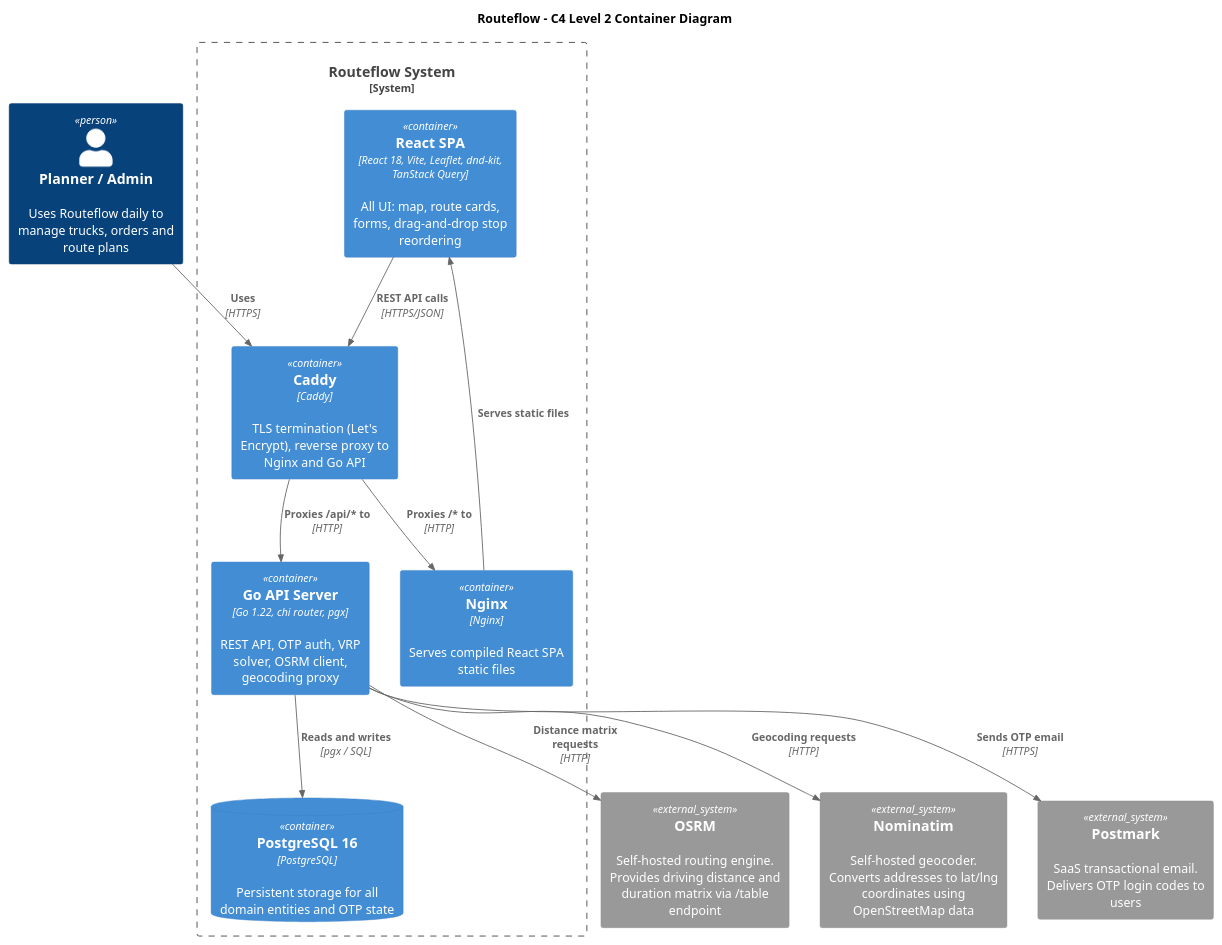
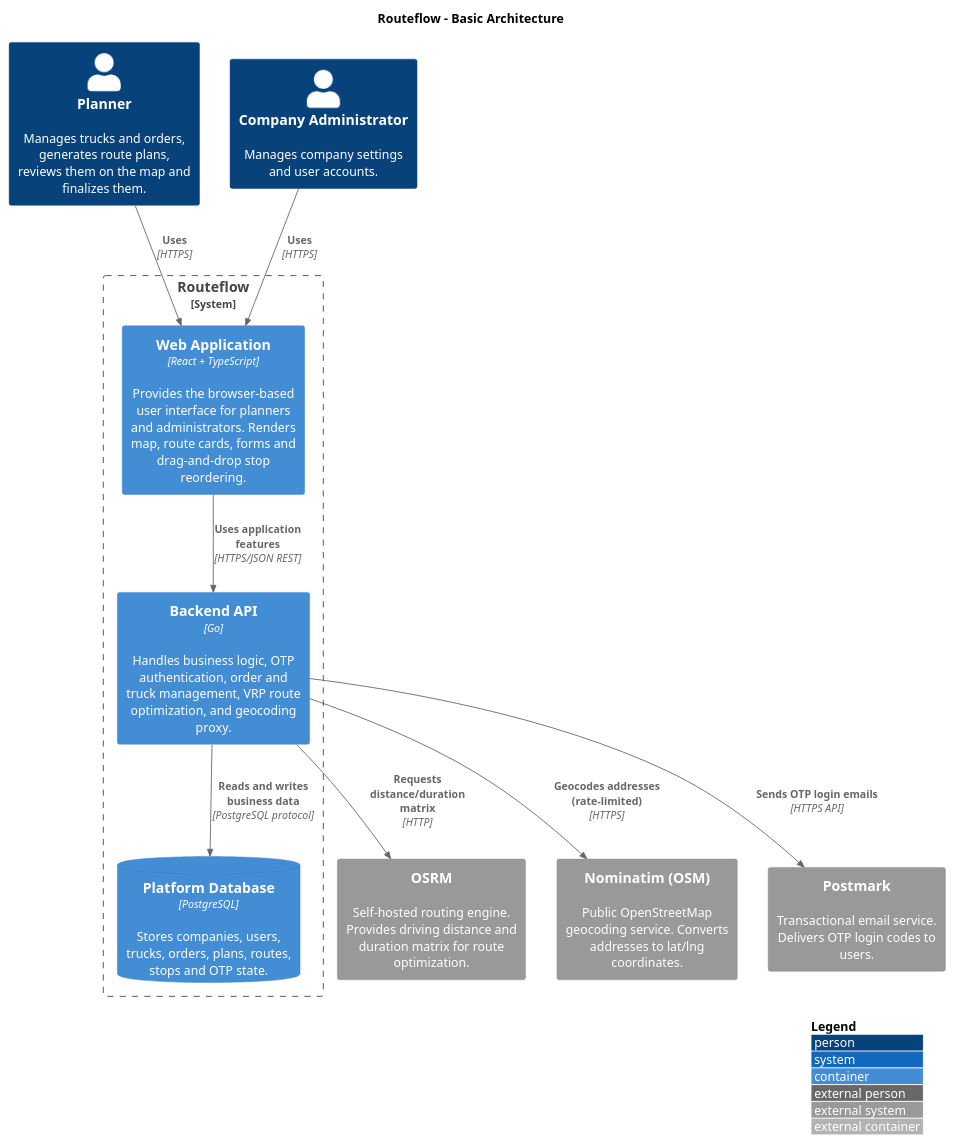
One commit to softwharee/gradrepo changed the first of 3 diagrams in technical-design/readme.md. Above: the diagram before and after it, drawn with PlantUML. The commit also changed other lines of this file and 2 other files, not shown here.

````diff
--- a/technical-design/readme.md
+++ b/technical-design/readme.md
@@ -32,32 +43,33 @@
 ```plantuml
-@startuml
+@startuml C4_Container
 !include <C4/C4_Container>
 
-title Routeflow – C4 Level 2 Container Diagram
+LAYOUT_WITH_LEGEND()
 
-Person(planner, "Planner / Admin", "Uses Routeflow daily to manage trucks, orders and route plans")
+title Routeflow - Basic Architecture
 
-System_Boundary(routeflow, "Routeflow System") {
-    Container(spa, "React SPA", "React 18, Vite, Leaflet, dnd-kit, TanStack Query", "All UI: map, route cards, forms, drag-and-drop stop reordering")
-    Container(nginx, "Nginx", "Nginx", "Serves compiled React SPA static files")
-    Container(api, "Go API Server", "Go 1.22, chi router, pgx", "REST API, OTP auth, VRP solver, OSRM client, geocoding proxy")
-    ContainerDb(db, "PostgreSQL 16", "PostgreSQL", "Persistent storage for all domain entities and OTP state")
-    Container(caddy, "Caddy", "Caddy", "TLS termination (Let's Encrypt), reverse proxy to Nginx and Go API")
+Person(planner, "Planner", "Manages trucks and orders, generates route plans, reviews them on the map and finalizes them.")
+Person(admin, "Company Administrator", "Manages company settings and user accounts.")
+
+System_Ext(osrm, "OSRM", "Self-hosted routing engine. Provides driving distance and duration matrix for route optimization.")
+System_Ext(nominatim, "Nominatim (OSM)", "Public OpenStreetMap geocoding service. Converts addresses to lat/lng coordinates.")
+System_Ext(postmark, "Postmark", "Transactional email service. Delivers OTP login codes to users.")
+
+System_Boundary(routeflow, "Routeflow") {
+    Container(webApp, "Web Application", "React + TypeScript", "Provides the browser-based user interface for planners and administrators. Renders map, route cards, forms and drag-and-drop stop reordering.")
+    Container(apiApp, "Backend API", "Go", "Handles business logic, OTP authentication, order and truck management, VRP route optimization, and geocoding proxy.")
+    ContainerDb(mainDb, "Platform Database", "PostgreSQL", "Stores companies, users, trucks, orders, plans, routes, stops and OTP state.")
 }
 
-System_Ext(osrm, "OSRM", "Self-hosted routing engine. Provides driving distance and duration matrix via /table endpoint")
-System_Ext(nominatim, "Nominatim", "Self-hosted geocoder. Converts addresses to lat/lng coordinates using OpenStreetMap data")
-System_Ext(postmark, "Postmark", "SaaS transactional email. Delivers OTP login codes to users")
+Rel(planner, webApp, "Uses", "HTTPS")
+Rel(admin, webApp, "Uses", "HTTPS")
 
-Rel(planner, caddy, "Uses", "HTTPS")
-Rel(caddy, nginx, "Proxies /* to", "HTTP")
-Rel(caddy, api, "Proxies /api/* to", "HTTP")
-Rel(nginx, spa, "Serves static files")
-Rel(spa, caddy, "REST API calls", "HTTPS/JSON")
-Rel(api, db, "Reads and writes", "pgx / SQL")
-Rel(api, osrm, "Distance matrix requests", "HTTP")
-Rel(api, nominatim, "Geocoding requests", "HTTP")
-Rel(api, postmark, "Sends OTP email", "HTTPS")
+Rel(webApp, apiApp, "Uses application features", "HTTPS/JSON REST")
+
+Rel(apiApp, mainDb, "Reads and writes business data", "PostgreSQL protocol")
+Rel(apiApp, osrm, "Requests distance/duration matrix", "HTTP")
+Rel(apiApp, nominatim, "Geocodes addresses (rate-limited)", "HTTPS")
+Rel(apiApp, postmark, "Sends OTP login emails", "HTTPS API")
 
 @enduml
 ```
````
